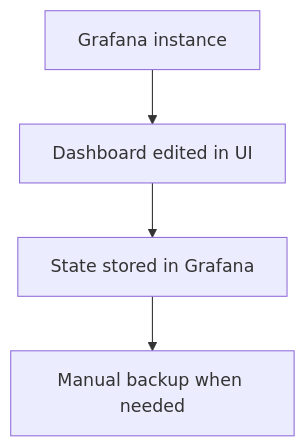
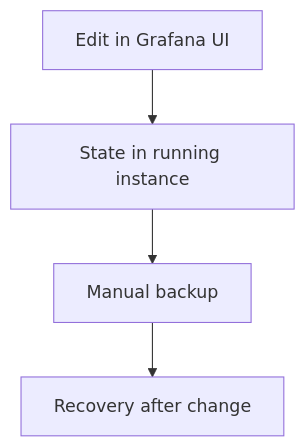
The second of 7 diagrams in slides.md (hanx-hep/28th-junocm-dci), drawn with Mermaid before and after one commit. The commit also changed other lines of this file and 2 other files, not shown here.

````diff
--- a/slides.md
+++ b/slides.md
@@ -65,6 +137,6 @@
-```mermaid {scale: 0.55}
+```mermaid {scale: 0.46}
 flowchart TD
-    A[Grafana instance] --> B[Dashboard edited in UI]
-    B --> C[State stored in Grafana]
-    C --> D[Manual backup when needed]
+    A[Edit in Grafana UI] --> B[State in running instance]
+    B --> C[Manual backup]
+    C --> D[Recovery after change]
 ```
````
